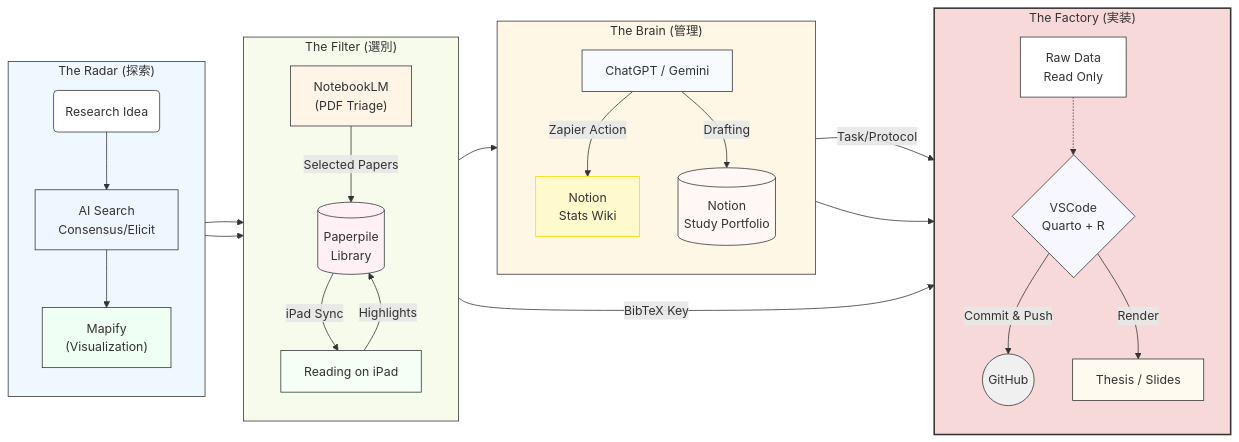
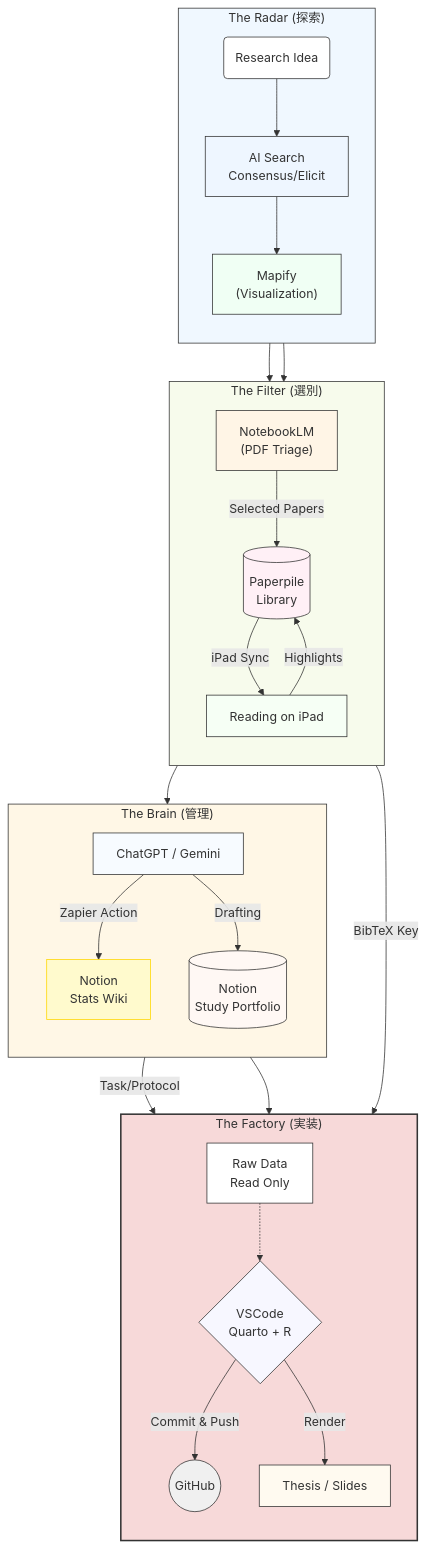
One commit to t-tanaka-epistat/research-wiki changed the first of 2 diagrams in VS Code + Quarto + R 研究環境構築マニュアル.qmd. Above: the diagram before and after it, drawn with Mermaid. The commit also changed other lines of this file and 1 other file, not shown here.

Commit message:
ecosystem diagramを縦に修正

````diff
--- a/VS Code + Quarto + R 研究環境構築マニュアル.qmd
+++ b/VS Code + Quarto + R 研究環境構築マニュアル.qmd
@@ -58,60 +58,60 @@
 ```{mermaid}
 %%| label: fig-workflow
 %%| fig-cap: "Research Ecosystem Data Flow"
 %%| fig-format: svg
 %%| lightbox: true
 
-flowchart LR
+flowchart TB
 subgraph Exploration["The Radar (探索)"]
     direction TB
     idea(Research Idea) --> search["AI Search<br/>Consensus/Elicit"]
     search --> map["Mapify<br/>(Visualization)"]
 end
 
 subgraph Selection["The Filter (選別)"]
     direction TB
     map --> notebook["NotebookLM<br/>(PDF Triage)"]
     notebook -- "Selected Papers" --> paperpile[(Paperpile<br/>Library)]
     paperpile -- "iPad Sync" --> ipad[Reading on iPad]
     ipad -- "Highlights" --> paperpile
 end
 
 subgraph Production["The Factory (実装)"]
     direction TB
     vscode{VSCode<br/>Quarto + R}
     data["Raw Data<br/>Read Only"] -.-> vscode
     paperpile -- "BibTeX Key" --> vscode
     vscode -- "Commit & Push" --> github((GitHub))
     vscode -- "Render" --> output[Thesis / Slides]
 end
 
 subgraph Management["The Brain (管理)"]
     direction TB
     gpt[ChatGPT / Gemini] -- "Zapier Action" --> wiki["Notion<br/>Stats Wiki"]
     gpt -- "Drafting" --> portfolio[(Notion<br/>Study Portfolio)]
     portfolio -- "Task/Protocol" --> vscode
 end
 
 Exploration --> Selection
 Selection --> Management
 Management --> Production
 
 style Production fill:#f7d9d9,stroke:#333,stroke-width:2px
 style Exploration fill:#f0f8ff,stroke:#333,stroke-width:1px
 style Selection fill:#f7fbec,stroke:#333,stroke-width:1px
 style Management fill:#fff7e6,stroke:#333,stroke-width:1px
 
 style idea fill:#ffffff,stroke:#333,stroke-width:1px
 style search fill:#eef6ff,stroke:#333,stroke-width:1px
 style map fill:#f0fff4,stroke:#333,stroke-width:1px
 style notebook fill:#fff5e6,stroke:#333,stroke-width:1px
 style paperpile fill:#fff0f6,stroke:#333,stroke-width:1px
 style ipad fill:#f6fff5,stroke:#333,stroke-width:1px
 style vscode fill:#f7f7ff,stroke:#333,stroke-width:1px
 style data fill:#ffffff,stroke:#333,stroke-width:1px
 style github fill:#f0f0f0,stroke:#333,stroke-width:1px
 style output fill:#fffaf0,stroke:#333,stroke-width:1px
 style gpt fill:#f7fbff,stroke:#333,stroke-width:1px
 style wiki fill:#fffacd,stroke:#ffd700,stroke-width:1px
 style portfolio fill:#fff8f4,stroke:#333,stroke-width:1px
 ```
````
